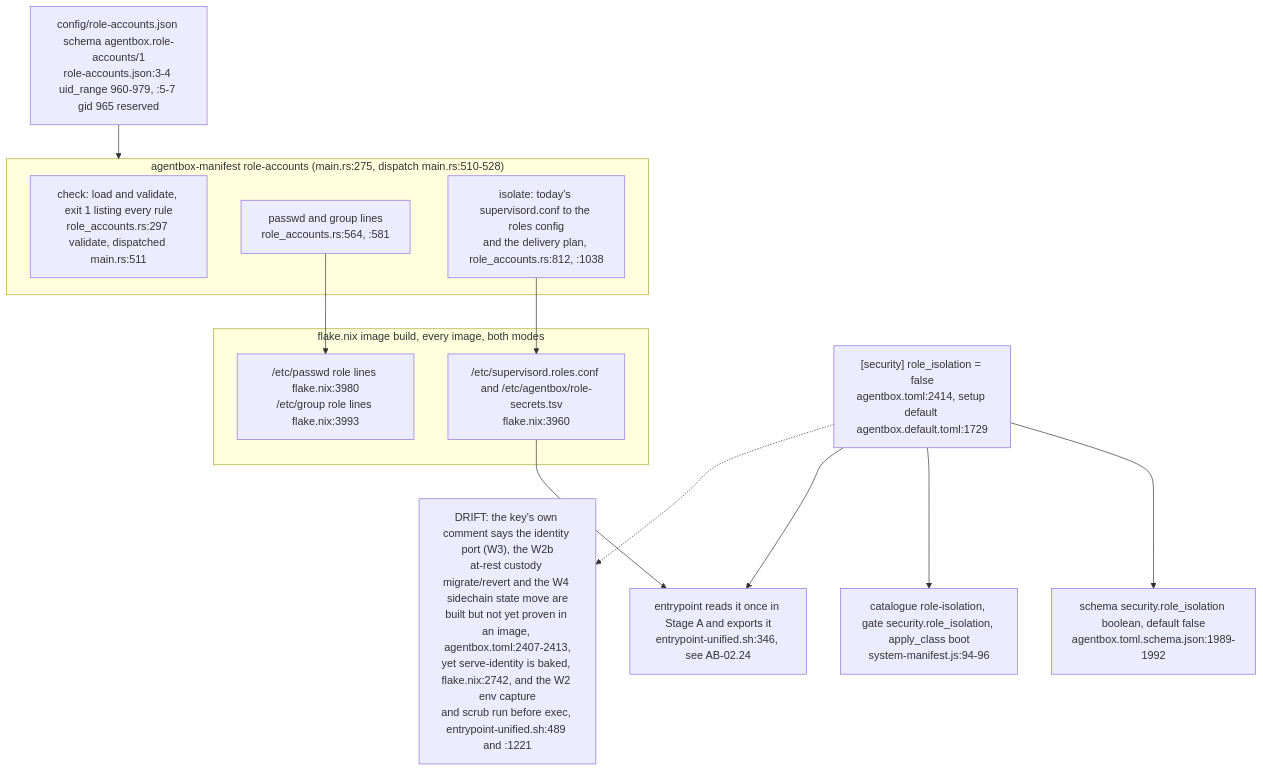
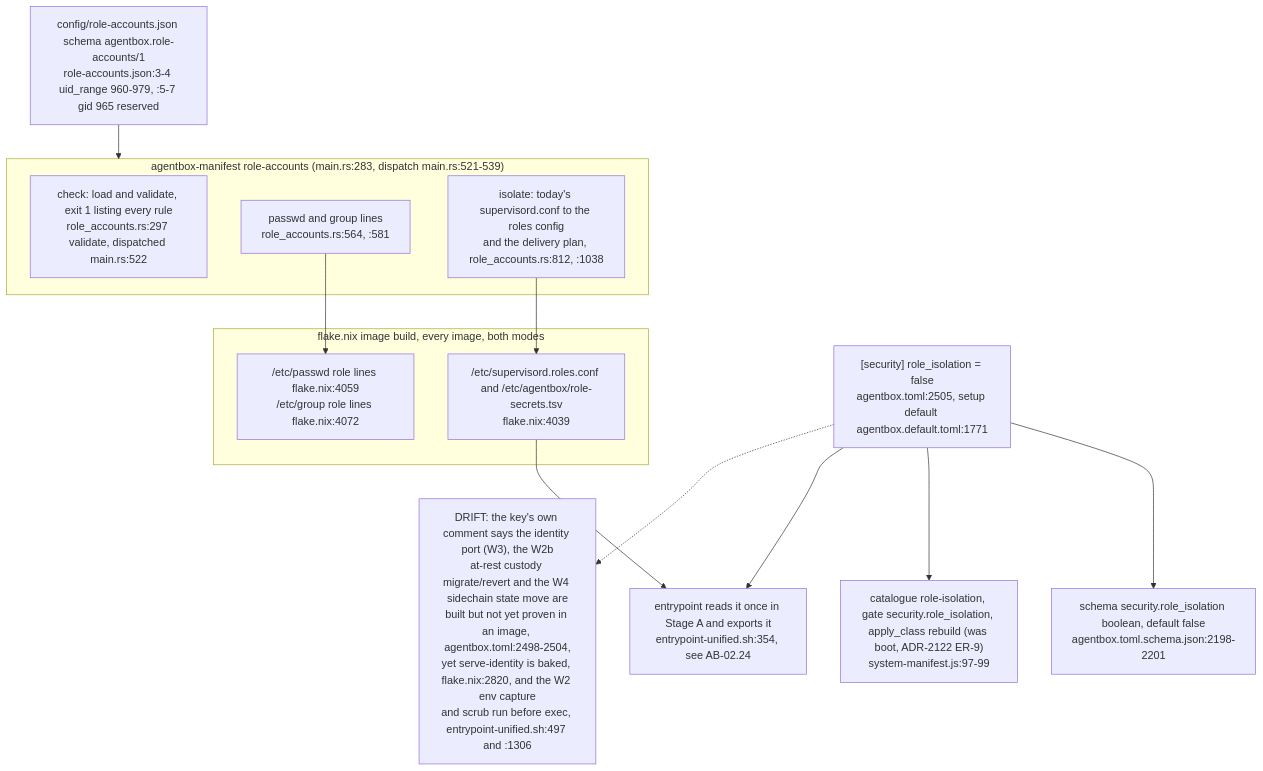
Diagram 15 of 16 in docs/diagrams/agentbox/05-manifest-gates-and-cli.md (DreamLab-AI/VisionFlow), drawn with Mermaid before and after one commit. The commit also changed other lines of this file and 160 other files, not shown here.

````diff
--- a/docs/diagrams/agentbox/05-manifest-gates-and-cli.md
+++ b/docs/diagrams/agentbox/05-manifest-gates-and-cli.md
@@ -513,25 +534,25 @@
 ```mermaid
 flowchart TB
-    KEY["[security] role_isolation = false<br/>agentbox.toml:2414, setup default agentbox.default.toml:1729"]
-    SCH["schema security.role_isolation boolean, default false<br/>agentbox.toml.schema.json:1989-1992"]
-    CATE["catalogue role-isolation, gate security.role_isolation, apply_class boot<br/>system-manifest.js:94-96"]
+    KEY["[security] role_isolation = false<br/>agentbox.toml:2505, setup default agentbox.default.toml:1771"]
+    SCH["schema security.role_isolation boolean, default false<br/>agentbox.toml.schema.json:2198-2201"]
+    CATE["catalogue role-isolation, gate security.role_isolation, apply_class rebuild (was boot, ADR-2122 ER-9)<br/>system-manifest.js:97-99"]
     TBL["config/role-accounts.json schema agentbox.role-accounts/1<br/>role-accounts.json:3-4 uid_range 960-979, :5-7 gid 965 reserved"]
-    subgraph CLI["agentbox-manifest role-accounts (main.rs:275, dispatch main.rs:510-528)"]
-        CHK["check: load and validate, exit 1 listing every rule<br/>role_accounts.rs:297 validate, dispatched main.rs:511"]
+    subgraph CLI["agentbox-manifest role-accounts (main.rs:283, dispatch main.rs:521-539)"]
+        CHK["check: load and validate, exit 1 listing every rule<br/>role_accounts.rs:297 validate, dispatched main.rs:522"]
         PW["passwd and group lines<br/>role_accounts.rs:564, :581"]
         ISO["isolate: today's supervisord.conf to the roles config<br/>and the delivery plan, role_accounts.rs:812, :1038"]
     end
     subgraph BUILD["flake.nix image build, every image, both modes"]
-        B1["/etc/supervisord.roles.conf and /etc/agentbox/role-secrets.tsv<br/>flake.nix:3960"]
-        B2["/etc/passwd role lines flake.nix:3980<br/>/etc/group role lines flake.nix:3993"]
+        B1["/etc/supervisord.roles.conf and /etc/agentbox/role-secrets.tsv<br/>flake.nix:4039"]
+        B2["/etc/passwd role lines flake.nix:4059<br/>/etc/group role lines flake.nix:4072"]
     end
-    BOOT["entrypoint reads it once in Stage A and exports it<br/>entrypoint-unified.sh:346, see AB-02.24"]
+    BOOT["entrypoint reads it once in Stage A and exports it<br/>entrypoint-unified.sh:354, see AB-02.24"]
     KEY --> SCH
     KEY --> CATE
     KEY --> BOOT
     TBL --> CLI
     PW --> B2
     ISO --> B1
     B1 --> BOOT
-    KEY -.-> DRIFT["DRIFT: the key's own comment says the identity port (W3), the W2b<br/>at-rest custody migrate/revert and the W4 sidechain state move are<br/>built but not yet proven in an image, agentbox.toml:2407-2413,<br/>yet serve-identity is baked, flake.nix:2742, and the W2 env capture<br/>and scrub run before exec, entrypoint-unified.sh:489 and :1221"]
+    KEY -.-> DRIFT["DRIFT: the key's own comment says the identity port (W3), the W2b<br/>at-rest custody migrate/revert and the W4 sidechain state move are<br/>built but not yet proven in an image, agentbox.toml:2498-2504,<br/>yet serve-identity is baked, flake.nix:2820, and the W2 env capture<br/>and scrub run before exec, entrypoint-unified.sh:497 and :1306"]
 ```
````
